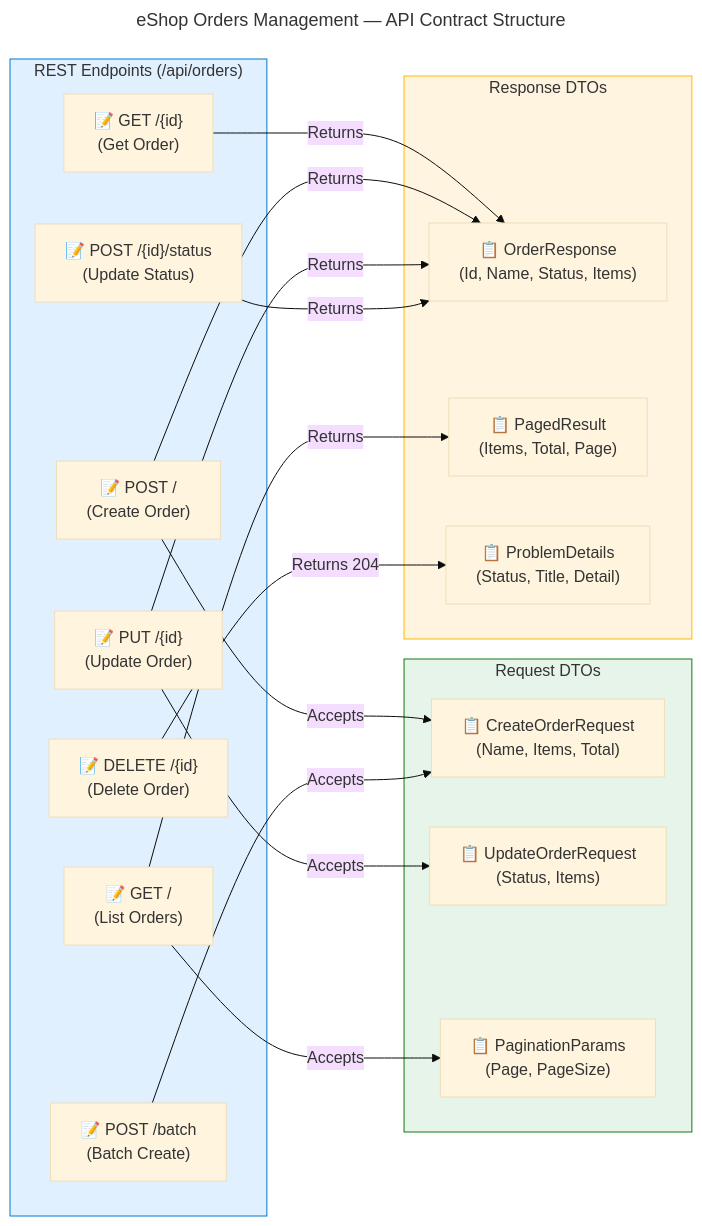
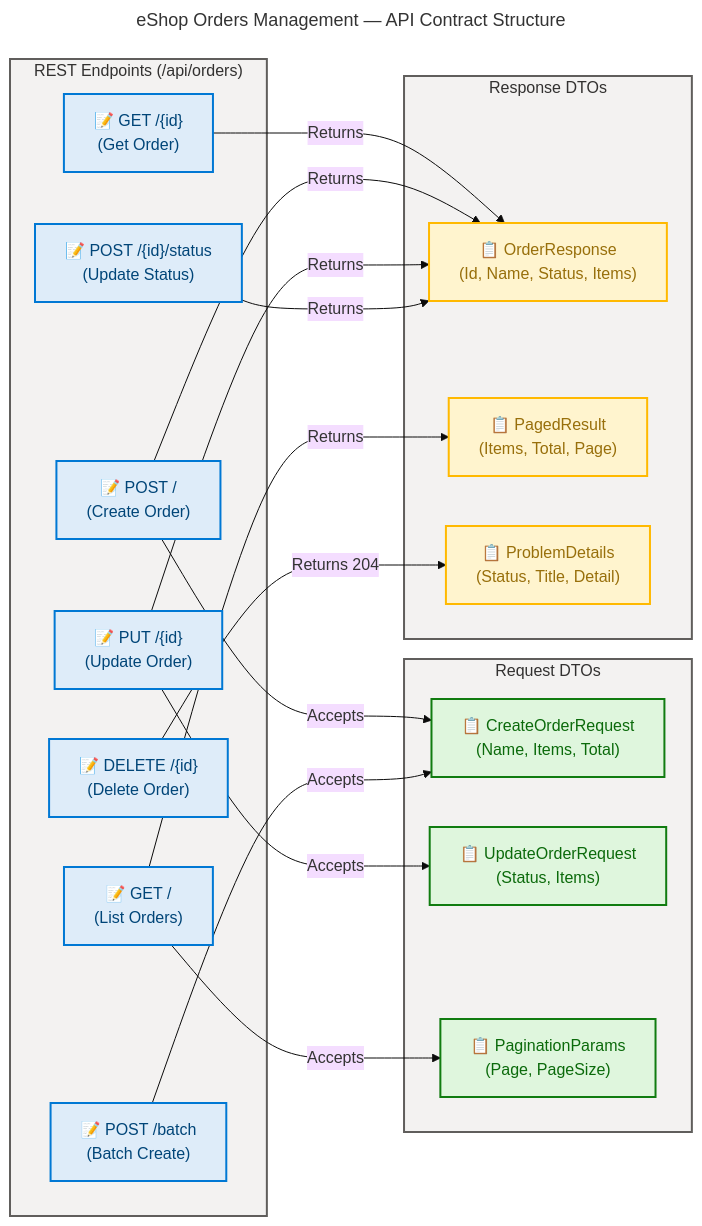
One commit to Evilazaro/Azure-LogicApps-Monitoring changed diagram 11 of 14 in docs/architecture/application-architecture.md. Above: the diagram before and after it, drawn with Mermaid. The commit also changed other lines of this file, not shown here.

Commit message:
Enhance application architecture diagrams with improved styling and classification for better clarity and visual distinction of protocols and components

````diff
--- a/docs/architecture/application-architecture.md
+++ b/docs/architecture/application-architecture.md
@@ -960,62 +970,66 @@
 ```mermaid
 ---
 title: "eShop Orders Management — API Contract Structure"
 config:
   theme: base
   look: classic
   layout: dagre
   themeVariables:
     fontSize: "16px"
 ---
 flowchart LR
     accTitle: API Contract Structure
     accDescr: Shows the REST API endpoint structure of the OrdersController with request and response types
 
     %% ═══════════════════════════════════════════════════════════════════════════
     %% AZURE / FLUENT ARCHITECTURE PATTERN v1.1
     %% (Semantic + Structural + Font + Accessibility Governance)
     %% ═══════════════════════════════════════════════════════════════════════════
     %% PHASE 1 - STRUCTURAL: Direction explicit, flat topology, nesting ≤ 3
     %% PHASE 2 - SEMANTIC: Colors justified, max 5 semantic classes, neutral-first
     %% PHASE 3 - FONT: Dark text on light backgrounds, contrast ≥ 4.5:1
     %% PHASE 4 - ACCESSIBILITY: accTitle/accDescr present, icons on all nodes
     %% PHASE 5 - STANDARD: Governance block present, classDefs centralized
     %% ═══════════════════════════════════════════════════════════════════════════
 
     subgraph Endpoints["REST Endpoints (/api/orders)"]
-        E1["📝 GET /\n(List Orders)"]
-        E2["📝 GET /{id}\n(Get Order)"]
-        E3["📝 POST /\n(Create Order)"]
-        E4["📝 PUT /{id}\n(Update Order)"]
-        E5["📝 DELETE /{id}\n(Delete Order)"]
-        E6["📝 POST /{id}/status\n(Update Status)"]
-        E7["📝 POST /batch\n(Batch Create)"]
+        E1["📝 GET /\n(List Orders)"]:::core
+        E2["📝 GET /{id}\n(Get Order)"]:::core
+        E3["📝 POST /\n(Create Order)"]:::core
+        E4["📝 PUT /{id}\n(Update Order)"]:::core
+        E5["📝 DELETE /{id}\n(Delete Order)"]:::core
+        E6["📝 POST /{id}/status\n(Update Status)"]:::core
+        E7["📝 POST /batch\n(Batch Create)"]:::core
     end
 
     subgraph RequestTypes["Request DTOs"]
-        R1["📋 CreateOrderRequest\n(Name, Items, Total)"]
-        R2["📋 UpdateOrderRequest\n(Status, Items)"]
-        R3["📋 PaginationParams\n(Page, PageSize)"]
+        R1["📋 CreateOrderRequest\n(Name, Items, Total)"]:::success
+        R2["📋 UpdateOrderRequest\n(Status, Items)"]:::success
+        R3["📋 PaginationParams\n(Page, PageSize)"]:::success
     end
 
     subgraph ResponseTypes["Response DTOs"]
-        RS1["📋 OrderResponse\n(Id, Name, Status, Items)"]
-        RS2["📋 PagedResult\n(Items, Total, Page)"]
-        RS3["📋 ProblemDetails\n(Status, Title, Detail)"]
+        RS1["📋 OrderResponse\n(Id, Name, Status, Items)"]:::warning
+        RS2["📋 PagedResult\n(Items, Total, Page)"]:::warning
+        RS3["📋 ProblemDetails\n(Status, Title, Detail)"]:::warning
     end
 
     E1 -->|"Returns"| RS2
     E2 -->|"Returns"| RS1
     E3 -->|"Accepts"| R1
     E3 -->|"Returns"| RS1
     E4 -->|"Accepts"| R2
     E4 -->|"Returns"| RS1
     E5 -->|"Returns 204"| RS3
     E6 -->|"Returns"| RS1
     E7 -->|"Accepts"| R1
     E1 -->|"Accepts"| R3
 
-    style Endpoints fill:#e1f0ff,stroke:#0078d4,color:#333
-    style RequestTypes fill:#e6f4ea,stroke:#107c10,color:#333
-    style ResponseTypes fill:#fff4e0,stroke:#ffb900,color:#333
+    style Endpoints fill:#F3F2F1,stroke:#605E5C,stroke-width:2px,color:#323130
+    style RequestTypes fill:#F3F2F1,stroke:#605E5C,stroke-width:2px,color:#323130
+    style ResponseTypes fill:#F3F2F1,stroke:#605E5C,stroke-width:2px,color:#323130
+
+    classDef core fill:#DEECF9,stroke:#0078D4,stroke-width:2px,color:#004578
+    classDef success fill:#DFF6DD,stroke:#107C10,stroke-width:2px,color:#0B6A0B
+    classDef warning fill:#FFF4CE,stroke:#FFB900,stroke-width:2px,color:#986F0B
 ```
````
